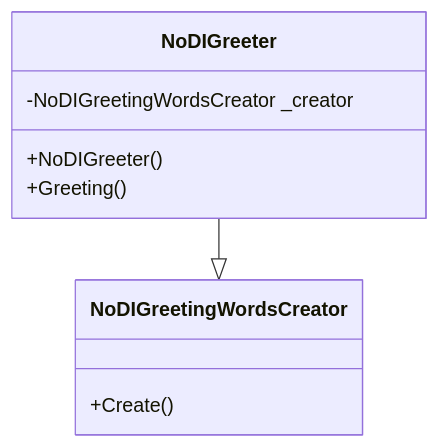
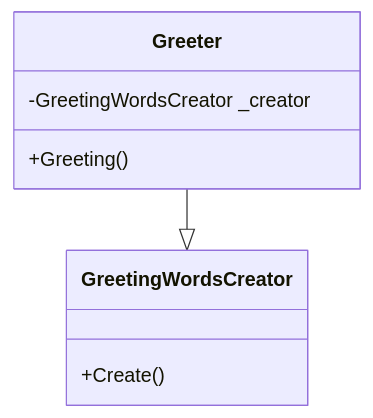
One commit to gkuga/csharp-examples changed the diagram in hello-app-cli-di/README.md. Above: the diagram before and after it, drawn with Mermaid.

````diff
--- a/hello-app-cli-di/README.md
+++ b/hello-app-cli-di/README.md
@@ -2,12 +2,11 @@
 ```mermaid
 classDiagram
-class NoDIGreeter {
-    -NoDIGreetingWordsCreator _creator
-    +NoDIGreeter()
+class Greeter {
+    -GreetingWordsCreator _creator
     +Greeting()
 }
-class NoDIGreetingWordsCreator {
+class GreetingWordsCreator {
     +Create()
 }
-NoDIGreeter --|> NoDIGreetingWordsCreator
+Greeter --|> GreetingWordsCreator
 ```
````
